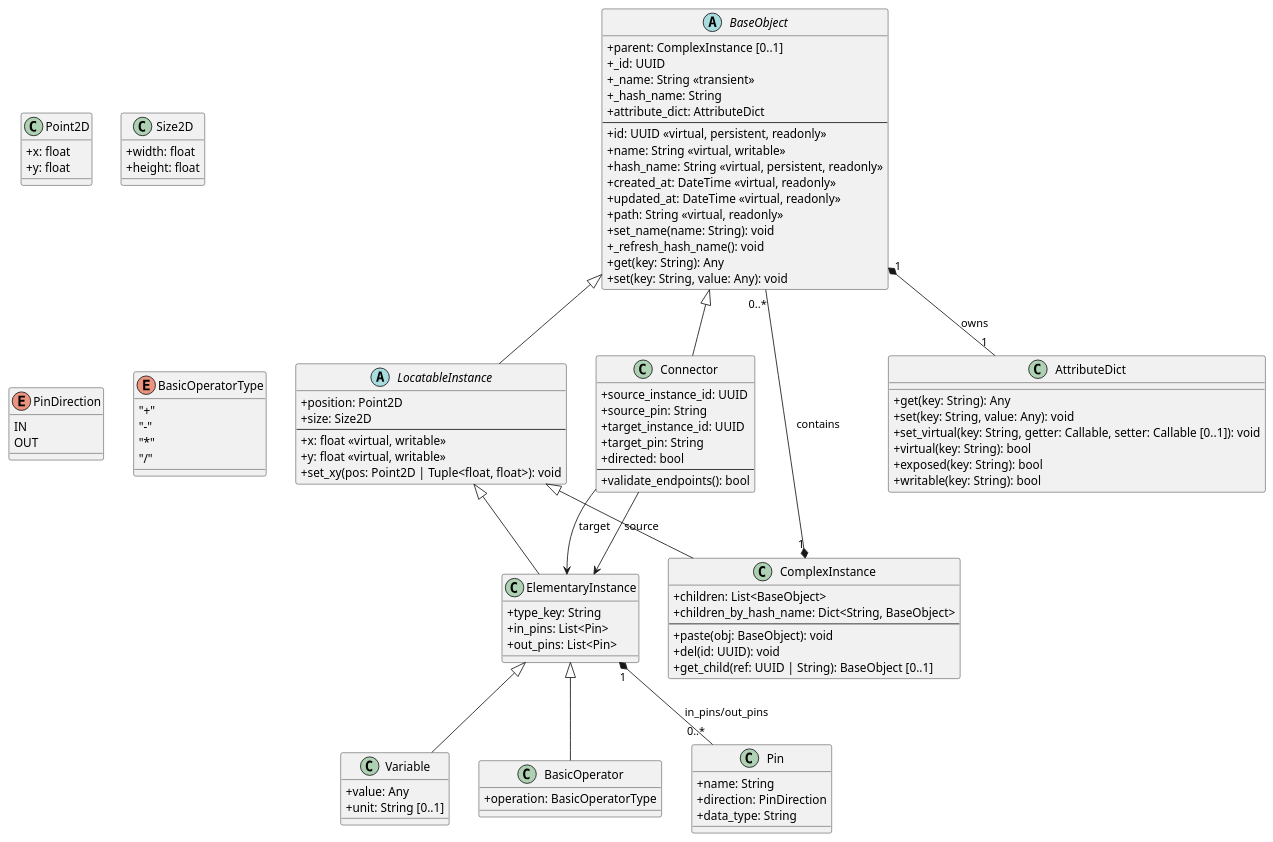
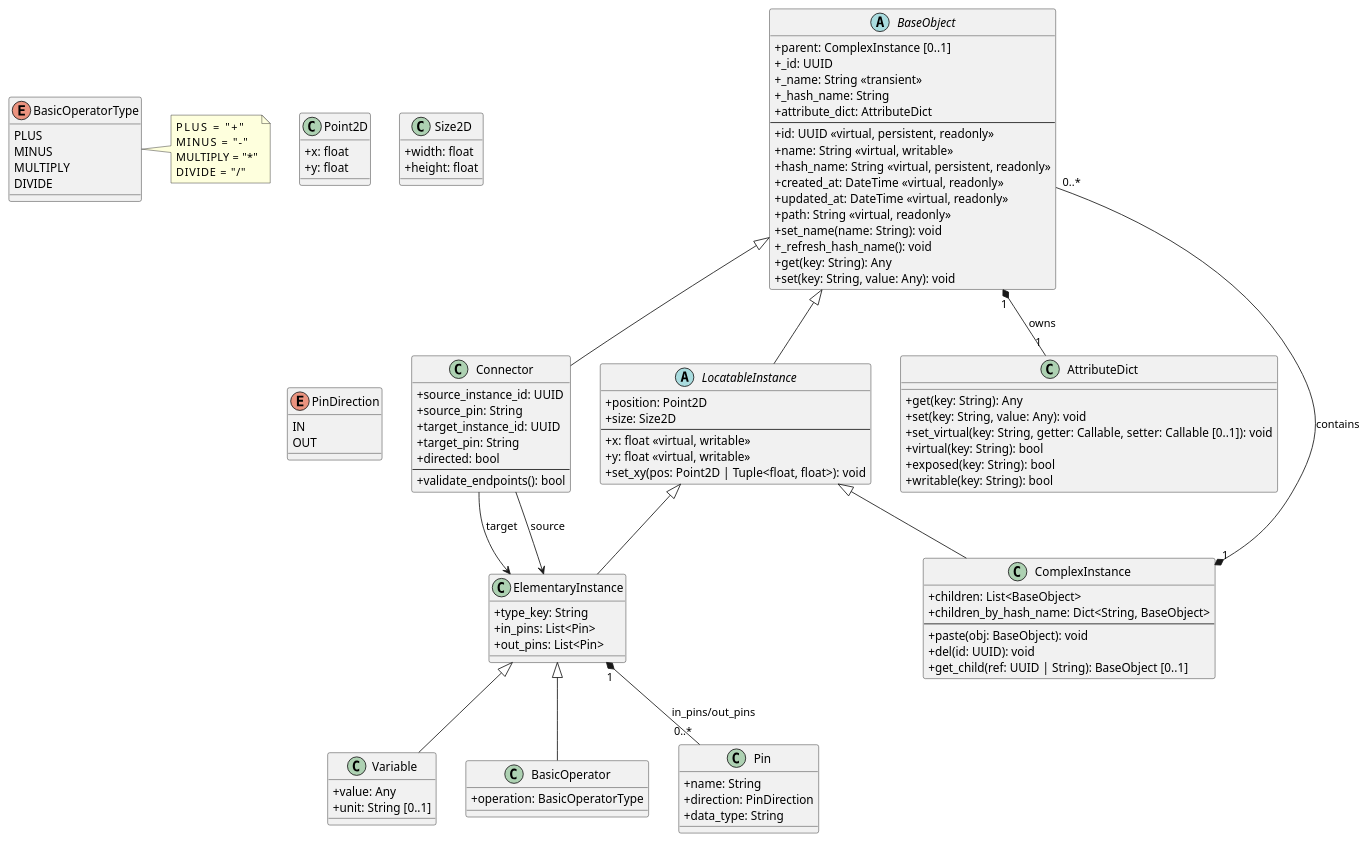
Before and after one commit to synarius-project/synarius-core: the diagram in docs/concepts/data_model_uml.puml, drawn with PlantUML.

Commit message:
Bug in plantuml diagram fixed

```diff
--- a/docs/concepts/data_model_uml.puml
+++ b/docs/concepts/data_model_uml.puml
@@ -1,116 +1,123 @@
 @startuml
 skinparam classAttributeIconSize 0
 
 abstract class BaseObject {
   +parent: ComplexInstance [0..1]
   +_id: UUID
   +_name: String <<transient>>
   +_hash_name: String
   +attribute_dict: AttributeDict
   --
   +id: UUID <<virtual, persistent, readonly>>
   +name: String <<virtual, writable>>
   +hash_name: String <<virtual, persistent, readonly>>
   +created_at: DateTime <<virtual, readonly>>
   +updated_at: DateTime <<virtual, readonly>>
   +path: String <<virtual, readonly>>
   +set_name(name: String): void
   +_refresh_hash_name(): void
   +get(key: String): Any
   +set(key: String, value: Any): void
 }
 
 abstract class LocatableInstance {
   +position: Point2D
   +size: Size2D
   --
   +x: float <<virtual, writable>>
   +y: float <<virtual, writable>>
   +set_xy(pos: Point2D | Tuple<float, float>): void
 }
 
 class ElementaryInstance {
   +type_key: String
   +in_pins: List<Pin>
   +out_pins: List<Pin>
 }
 
 class Variable {
   +value: Any
   +unit: String [0..1]
 }
 
 class BasicOperator {
   +operation: BasicOperatorType
 }
 
 class ComplexInstance {
   +children: List<BaseObject>
   +children_by_hash_name: Dict<String, BaseObject>
   --
   +paste(obj: BaseObject): void
   +del(id: UUID): void
   +get_child(ref: UUID | String): BaseObject [0..1]
 }
 
 class Connector {
   +source_instance_id: UUID
   +source_pin: String
   +target_instance_id: UUID
   +target_pin: String
   +directed: bool
   --
   +validate_endpoints(): bool
 }
 
 class Pin {
   +name: String
   +direction: PinDirection
   +data_type: String
 }
 
 class Point2D {
   +x: float
   +y: float
 }
 
 class Size2D {
   +width: float
   +height: float
 }
 
 enum PinDirection {
   IN
   OUT
 }
 
 enum BasicOperatorType {
-  "+"
-  "-"
-  "*"
-  "/"
+  PLUS
+  MINUS
+  MULTIPLY
+  DIVIDE
 }
+
+note right of BasicOperatorType
+  PLUS      = "+"
+  MINUS     = "-"
+  MULTIPLY  = "*"
+  DIVIDE    = "/"
+end note
 
 class AttributeDict {
   +get(key: String): Any
   +set(key: String, value: Any): void
   +set_virtual(key: String, getter: Callable, setter: Callable [0..1]): void
   +virtual(key: String): bool
   +exposed(key: String): bool
   +writable(key: String): bool
 }
 
 BaseObject <|-- LocatableInstance
 LocatableInstance <|-- ElementaryInstance
 LocatableInstance <|-- ComplexInstance
 ElementaryInstance <|-- Variable
 ElementaryInstance <|-- BasicOperator
 BaseObject <|-- Connector
 
 ComplexInstance "1" *-- "0..*" BaseObject : contains
 ElementaryInstance "1" *-- "0..*" Pin : in_pins/out_pins
 BaseObject "1" *-- "1" AttributeDict : owns
 
 Connector --> ElementaryInstance : source
 Connector --> ElementaryInstance : target
 @enduml
```
